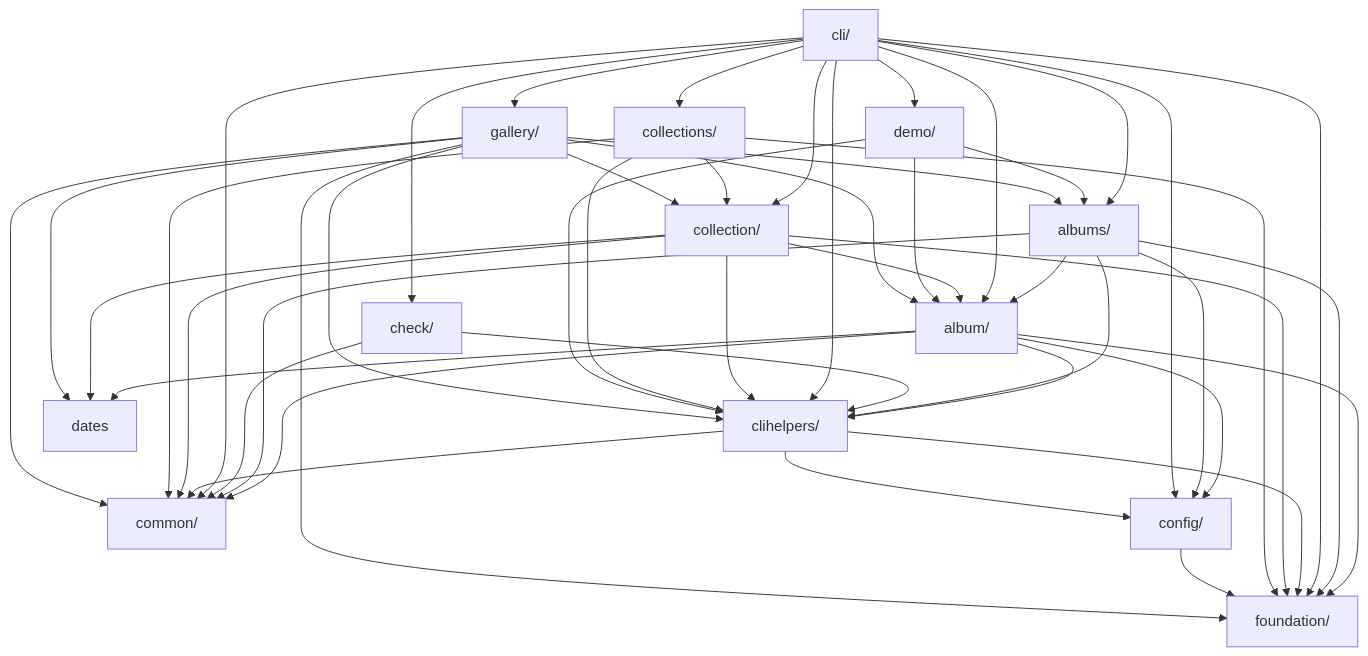
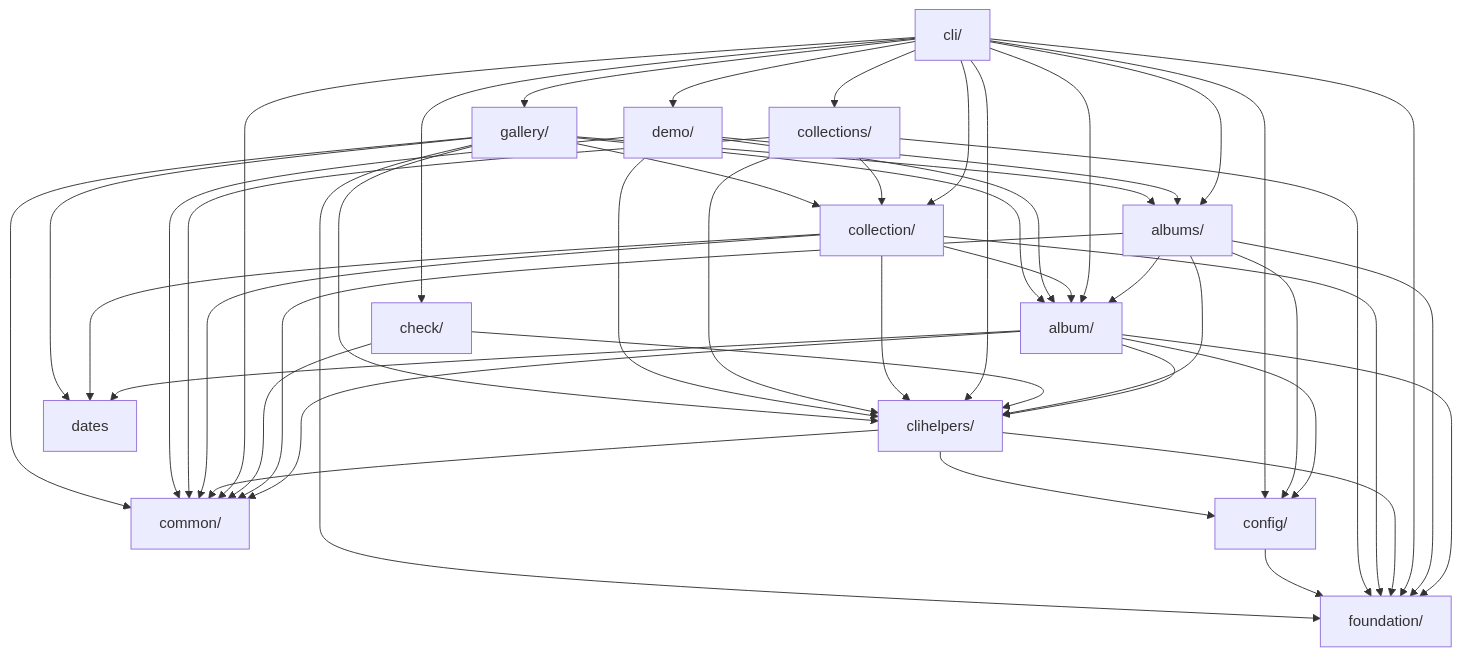
One commit to iglootools/photree changed the diagram in docs/architecture.md. Above: the diagram before and after it, drawn with Mermaid. The commit also changed 4 other files, not shown here.

````diff
--- a/docs/architecture.md
+++ b/docs/architecture.md
@@ -27,63 +27,64 @@
 ```mermaid
 graph TD
     album["album/"]
     albums["albums/"]
     check["check/"]
     cli["cli/"]
     clihelpers["clihelpers/"]
     collection["collection/"]
     collections["collections/"]
     common["common/"]
     config["config/"]
     dates["dates"]
     demo["demo/"]
     foundation["foundation/"]
     gallery["gallery/"]
 
     album --> clihelpers
     album --> common
     album --> config
     album --> dates
     album --> foundation
     albums --> album
     albums --> clihelpers
     albums --> common
     albums --> config
     albums --> foundation
     check --> clihelpers
     check --> common
     cli --> album
     cli --> albums
     cli --> check
     cli --> clihelpers
     cli --> collection
     cli --> collections
     cli --> common
     cli --> config
     cli --> demo
     cli --> foundation
     cli --> gallery
     clihelpers --> common
     clihelpers --> config
     clihelpers --> foundation
     collection --> album
     collection --> clihelpers
     collection --> common
     collection --> dates
     collection --> foundation
     collections --> clihelpers
     collections --> collection
     collections --> common
     collections --> foundation
     config --> foundation
     demo --> album
     demo --> albums
     demo --> clihelpers
+    demo --> common
     gallery --> album
     gallery --> albums
     gallery --> clihelpers
     gallery --> collection
     gallery --> common
     gallery --> dates
     gallery --> foundation
 ```
````
